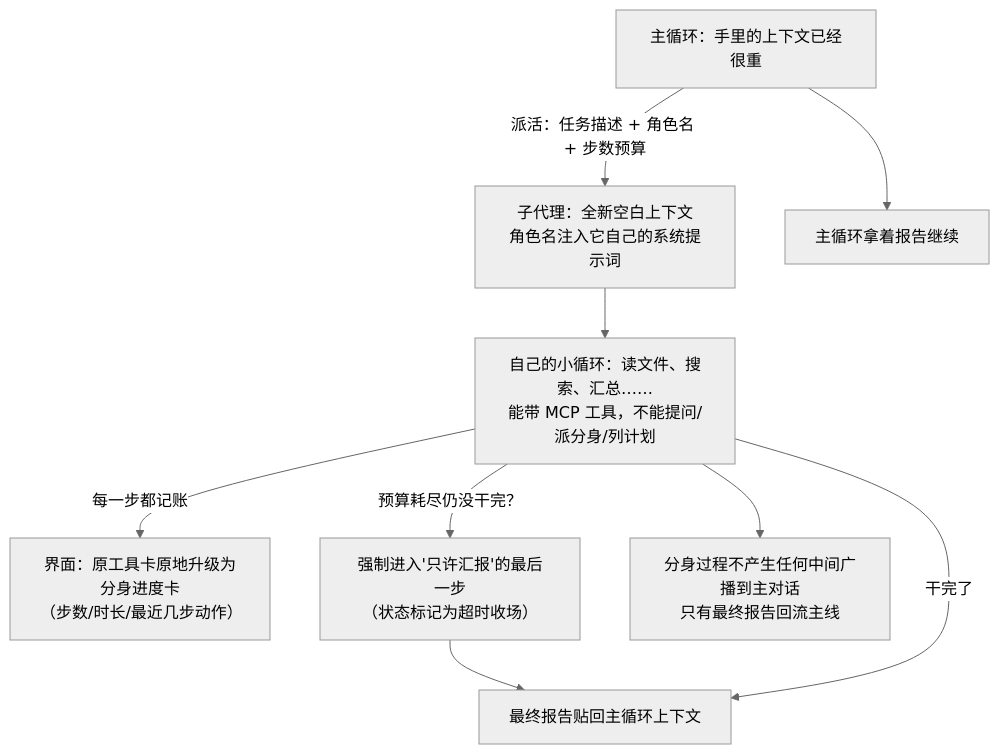
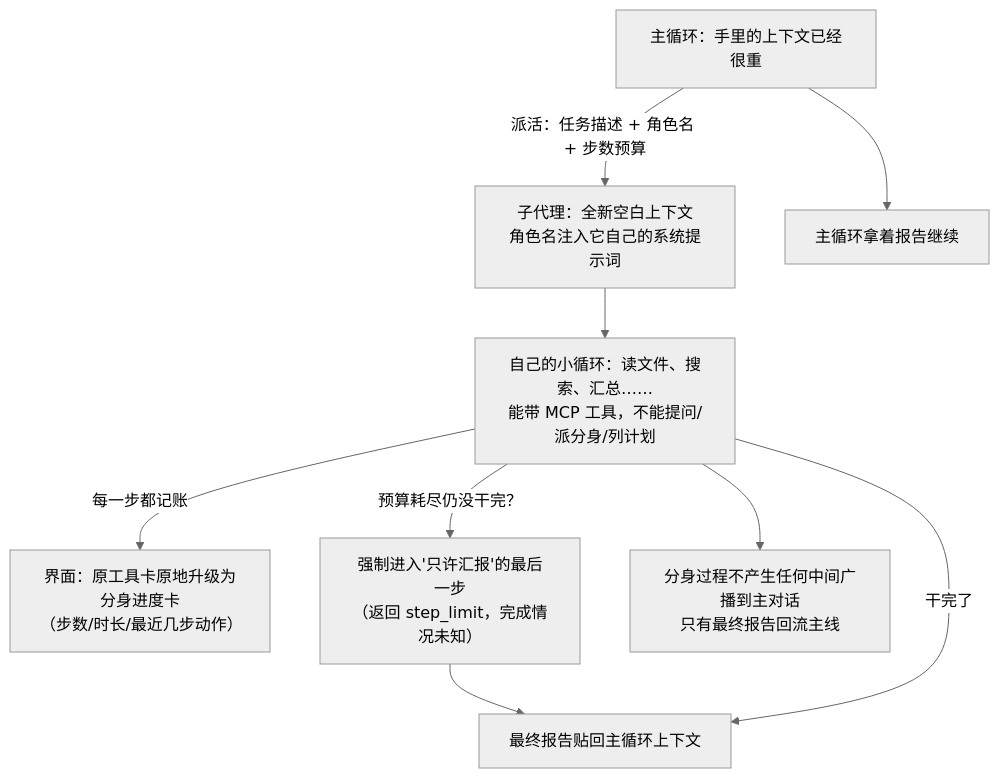
Before and after one commit to Bronya0/ally-agent: diagram 14 of 16 in docs/agent-architecture.md, drawn with Mermaid (neutral theme). The commit also changed other lines of this file and 48 other files, not shown here.

````diff
--- a/docs/agent-architecture.md
+++ b/docs/agent-architecture.md
@@ -634,11 +636,11 @@
 ```mermaid
 flowchart TD
     MAIN["主循环：手里的上下文已经很重"] -->|"派活：任务描述 + 角色名 + 步数预算"| SUB["子代理：全新空白上下文<br/>角色名注入它自己的系统提示词"]
     SUB --> LOOP["自己的小循环：读文件、搜索、汇总……<br/>能带 MCP 工具，不能提问/派分身/列计划"]
     LOOP -->|"每一步都记账"| UI["界面：原工具卡原地升级为分身进度卡<br/>（步数/时长/最近几步动作）"]
-    LOOP -->|"预算耗尽仍没干完？"| FORCE["强制进入'只许汇报'的最后一步<br/>（状态标记为超时收场）"]
+    LOOP -->|"预算耗尽仍没干完？"| FORCE["强制进入'只许汇报'的最后一步<br/>（返回 step_limit，完成情况未知）"]
     LOOP --> BUD["分身过程不产生任何中间广播到主对话<br/>只有最终报告回流主线"]
     FORCE --> REPORT
     LOOP -->|"干完了"| REPORT["最终报告贴回主循环上下文"]
     MAIN --> CONT["主循环拿着报告继续"]
 ```
````
